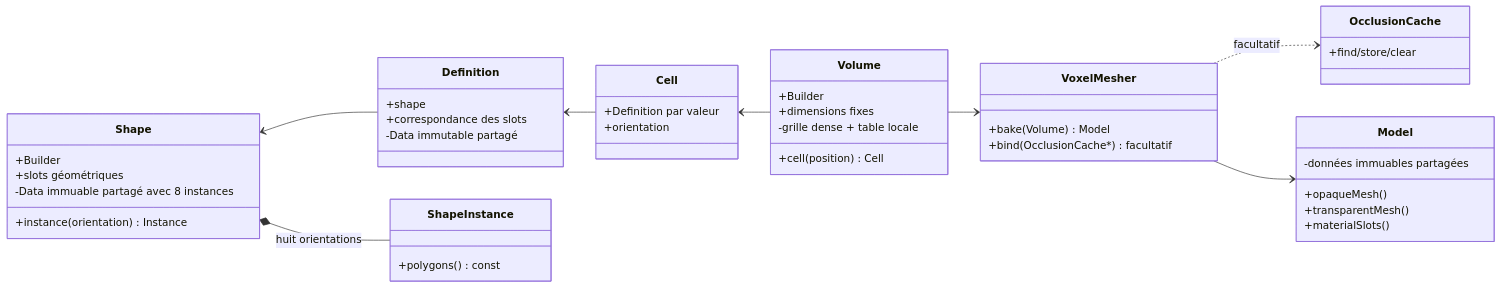
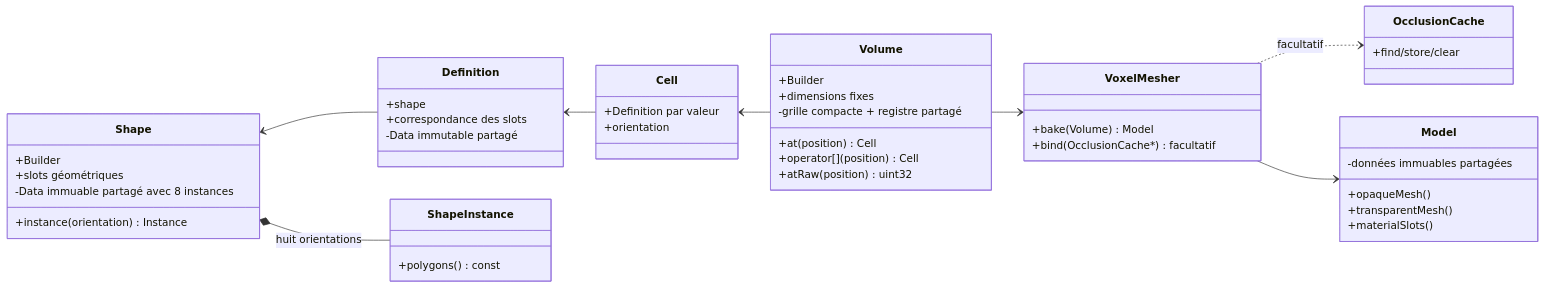
One commit to EreliaStudio/Sparkle changed the diagram in docs/voxel-engine-v0.1.4/02-modele-voxel.md. Above: the diagram before and after it, drawn with Mermaid. The commit also changed other lines of this file and 17 other files, not shown here.

````diff
--- a/docs/voxel-engine-v0.1.4/02-modele-voxel.md
+++ b/docs/voxel-engine-v0.1.4/02-modele-voxel.md
@@ -7,48 +7,50 @@
 ```mermaid
 classDiagram
   direction LR
   class Shape {
     +Builder
     +slots géométriques
     +instance(orientation) Instance
     -Data immuable partagé avec 8 instances
   }
   class Definition {
     +shape
     +correspondance des slots
     -Data immutable partagé
   }
   class Cell {
     +Definition par valeur
     +orientation
   }
   class Volume {
     +Builder
     +dimensions fixes
-    +cell(position) Cell
-    -grille dense + table locale
+    +at(position) Cell
+    +operator[](position) Cell
+    +atRaw(position) uint32
+    -grille compacte + registre partagé
   }
   class Model {
     +opaqueMesh()
     +transparentMesh()
     +materialSlots()
     -données immuables partagées
   }
   class ShapeInstance {
     +polygons() const
   }
   class OcclusionCache {
     +find/store/clear
   }
   class VoxelMesher {
     +bake(Volume) Model
     +bind(OcclusionCache*) facultatif
   }
   Shape <-- Definition
   Definition <-- Cell
   Cell <-- Volume
   Shape *-- ShapeInstance : huit orientations
   VoxelMesher ..> OcclusionCache : facultatif
   Volume --> VoxelMesher
   VoxelMesher --> Model
 ```
````
